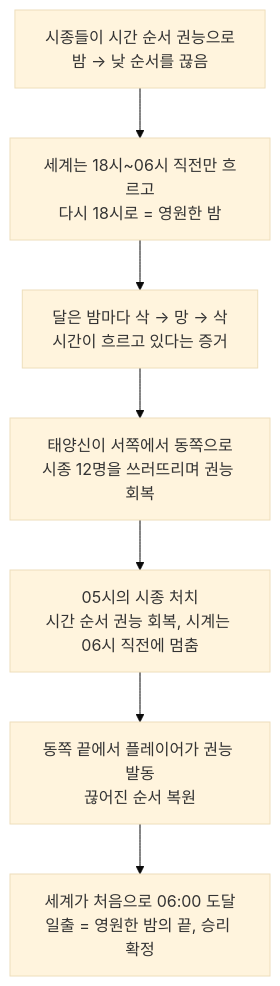
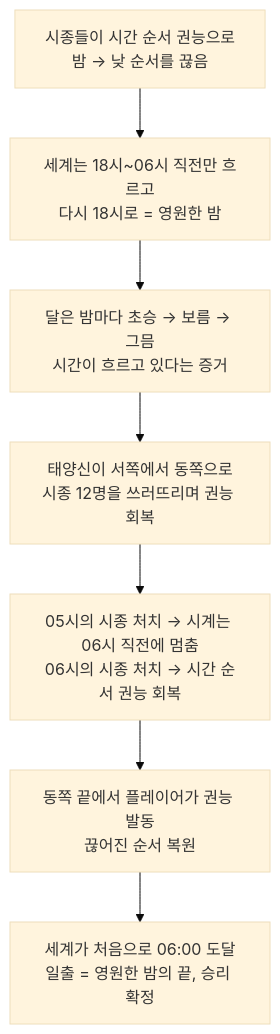
Before and after one commit to junseo2k/Math-RPG: the first of 3 diagrams in Docs/Design/WorldLevelStructure.md, drawn with Mermaid (base theme). The commit also changed other lines of this file and 1 other file, not shown here.

````diff
--- a/Docs/Design/WorldLevelStructure.md
+++ b/Docs/Design/WorldLevelStructure.md
@@ -28,9 +29,9 @@
 ```mermaid
 flowchart TD
     A["시종들이 시간 순서 권능으로<br/>밤 → 낮 순서를 끊음"] --> B["세계는 18시~06시 직전만 흐르고<br/>다시 18시로 = 영원한 밤"]
-    B --> C["달은 밤마다 삭 → 망 → 삭<br/>시간이 흐르고 있다는 증거"]
+    B --> C["달은 밤마다 초승 → 보름 → 그믐<br/>시간이 흐르고 있다는 증거"]
     C --> D["태양신이 서쪽에서 동쪽으로<br/>시종 12명을 쓰러뜨리며 권능 회복"]
-    D --> E["05시의 시종 처치<br/>시간 순서 권능 회복, 시계는 06시 직전에 멈춤"]
+    D --> E["05시의 시종 처치 → 시계는 06시 직전에 멈춤<br/>06시의 시종 처치 → 시간 순서 권능 회복"]
     E --> F["동쪽 끝에서 플레이어가 권능 발동<br/>끊어진 순서 복원"]
     F --> G["세계가 처음으로 06:00 도달<br/>일출 = 영원한 밤의 끝, 승리 확정"]
 ```
````
